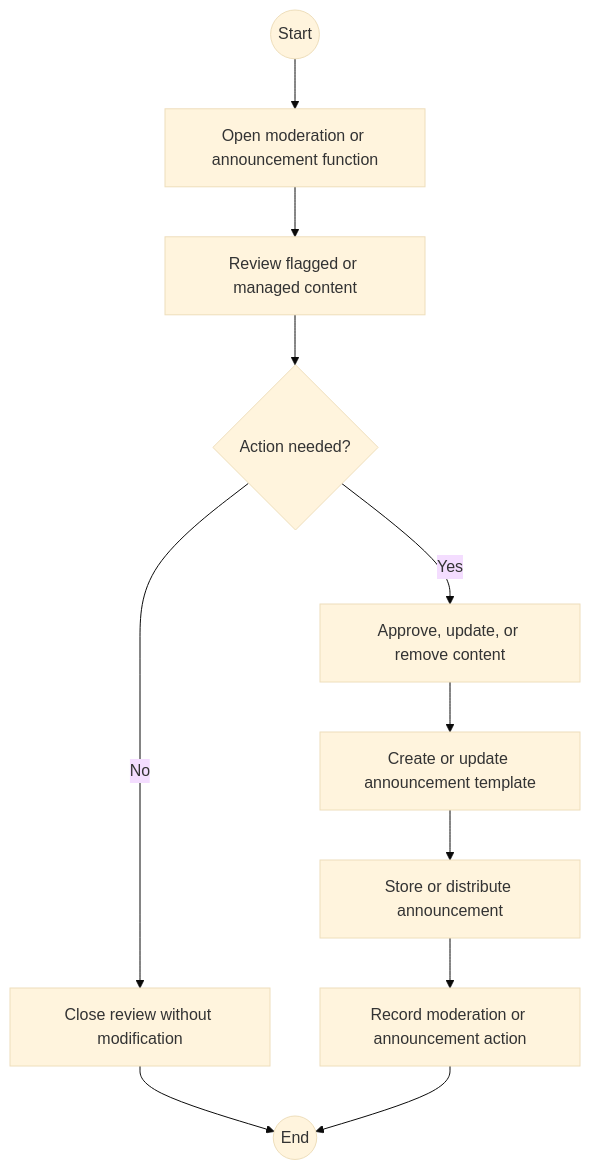
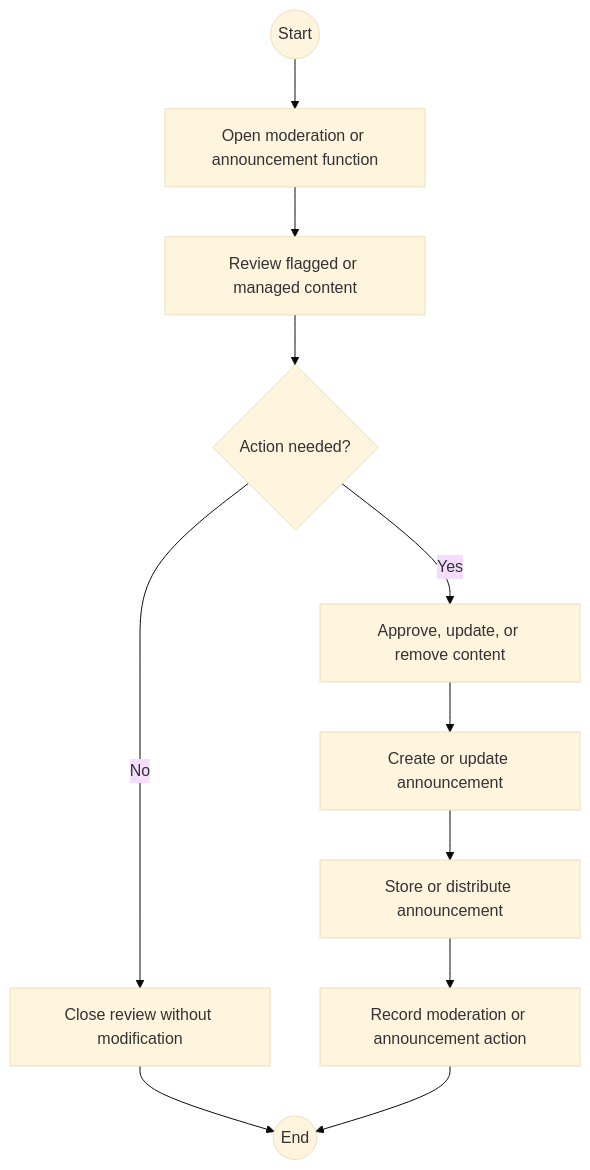
Before and after one commit to wingkit123/QuestLearn: the ninth of 9 diagrams in part-i/Activity-Diagrams.md, drawn with Mermaid (base theme). The commit also changed other lines of this file and 10 other files, not shown here.

Commit message:
Split activity diagrams into per-use-case draw.io files and update activity diagrams markdown

````diff
--- a/part-i/Activity-Diagrams.md
+++ b/part-i/Activity-Diagrams.md
@@ -144,13 +144,13 @@
 ```mermaid
 flowchart TD
     A((Start)) --> B[Open moderation or announcement function]
     B --> C[Review flagged or managed content]
     C --> D{Action needed?}
     D -- No --> E[Close review without modification]
     E --> Z((End))
     D -- Yes --> F[Approve, update, or remove content]
-    F --> G[Create or update announcement template]
+    F --> G[Create or update announcement]
     G --> H[Store or distribute announcement]
     H --> I[Record moderation or announcement action]
     I --> Z((End))
 ```
````
